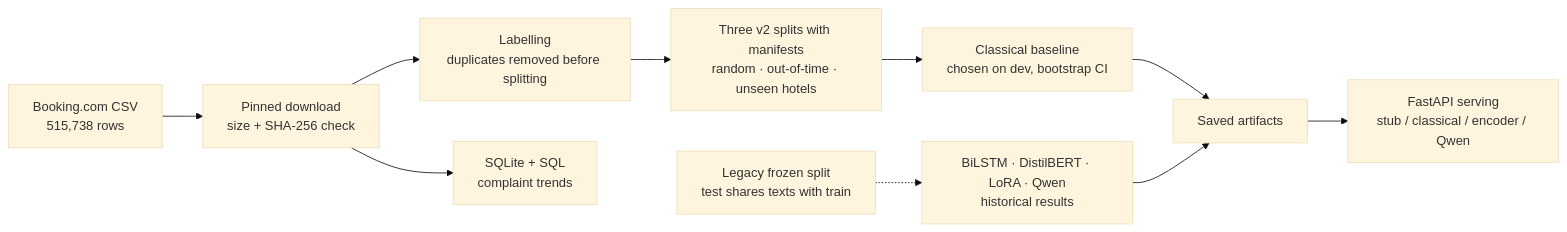
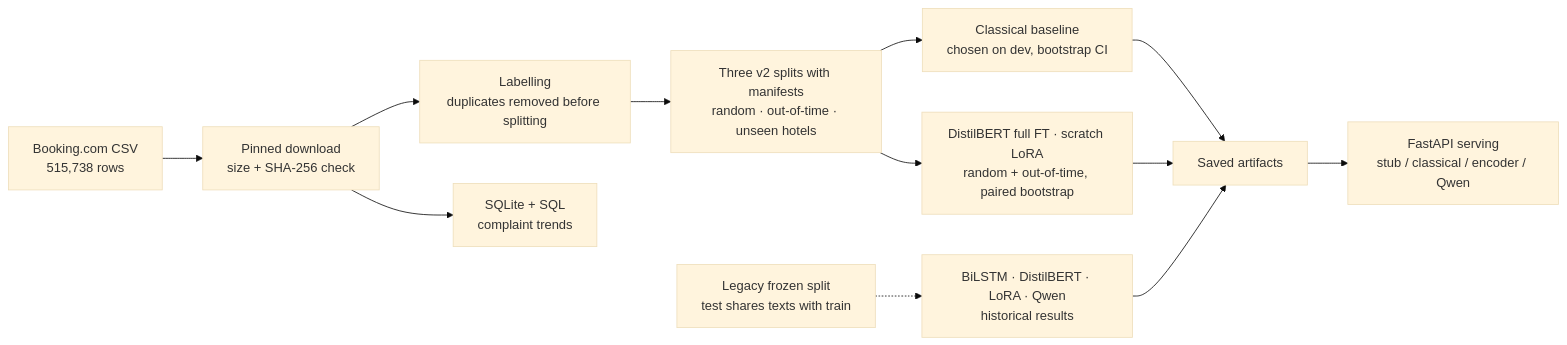
One commit to krimits/hotel-review-nlp changed the diagram in README.md. Above: the diagram before and after it, drawn with Mermaid (base theme). The commit also changed other lines of this file and 45 other files, not shown here.

````diff
--- a/README.md
+++ b/README.md
@@ -355,11 +399,12 @@
 ```mermaid
 flowchart LR
     A[Booking.com CSV<br/>515,738 rows] --> V[Pinned download<br/>size + SHA-256 check]
     V --> B[Labelling<br/>duplicates removed before splitting]
     B --> C[Three v2 splits with manifests<br/>random · out-of-time · unseen hotels]
     C --> D[Classical baseline<br/>chosen on dev, bootstrap CI]
+    C --> F[DistilBERT full FT · scratch LoRA<br/>random + out-of-time, paired bootstrap]
     V --> S[SQLite + SQL<br/>complaint trends]
     L[Legacy frozen split<br/>test shares texts with train] -.-> E[BiLSTM · DistilBERT · LoRA · Qwen<br/>historical results]
-    D & E --> H[Saved artifacts]
+    D & F & E --> H[Saved artifacts]
     H --> I[FastAPI serving<br/>stub / classical / encoder / Qwen]
 ```
````
